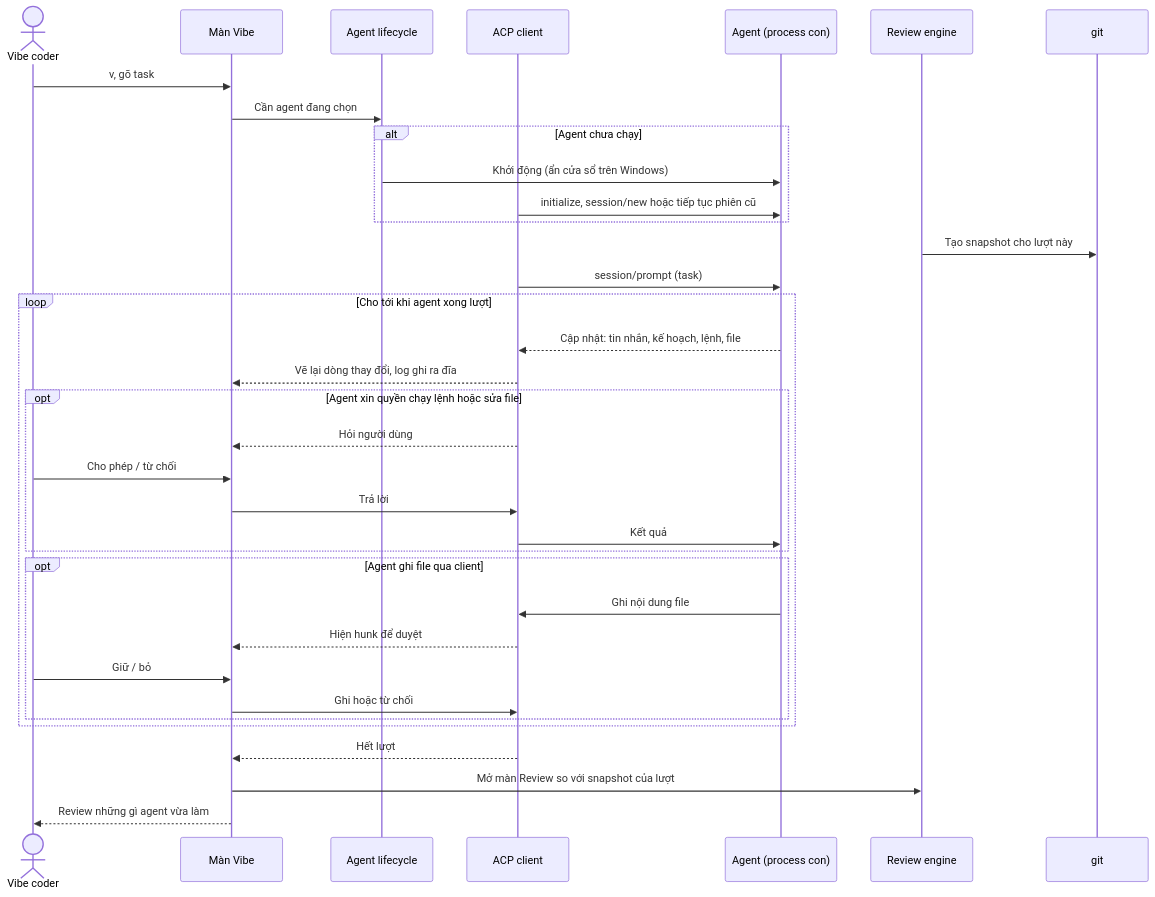
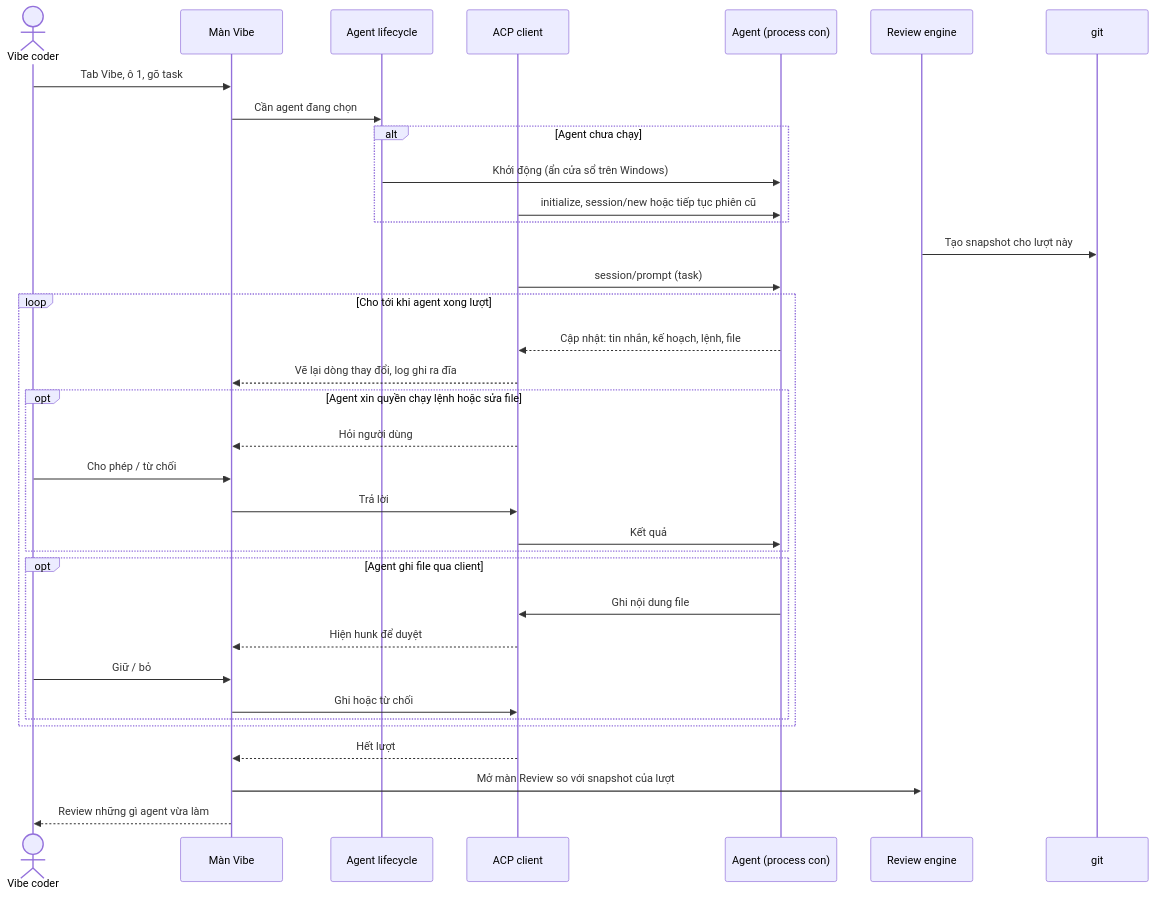
Before and after one commit to lhnhidev/dark: the fifth of 11 diagrams in docs/SEQUENCE.md, drawn with Mermaid. The commit also changed other lines of this file and 13 other files, not shown here.

Commit message:
docs: define seven-tab interface and roadmap

````diff
--- a/docs/SEQUENCE.md
+++ b/docs/SEQUENCE.md
@@ -125,38 +125,38 @@
 ```mermaid
 sequenceDiagram
     actor U as Vibe coder
     participant UI as Màn Vibe
     participant LM as Agent lifecycle
     participant AC as ACP client
     participant AG as Agent (process con)
     participant RV as Review engine
     participant G as git
 
-    U->>UI: v, gõ task
+    U->>UI: Tab Vibe, ô 1, gõ task
     UI->>LM: Cần agent đang chọn
     alt Agent chưa chạy
         LM->>AG: Khởi động (ẩn cửa sổ trên Windows)
         AC->>AG: initialize, session/new hoặc tiếp tục phiên cũ
     end
     RV->>G: Tạo snapshot cho lượt này
     AC->>AG: session/prompt (task)
     loop Cho tới khi agent xong lượt
         AG-->>AC: Cập nhật: tin nhắn, kế hoạch, lệnh, file
         AC-->>UI: Vẽ lại dòng thay đổi, log ghi ra đĩa
         opt Agent xin quyền chạy lệnh hoặc sửa file
             AC-->>UI: Hỏi người dùng
             U->>UI: Cho phép / từ chối
             UI->>AC: Trả lời
             AC->>AG: Kết quả
         end
         opt Agent ghi file qua client
             AG->>AC: Ghi nội dung file
             AC-->>UI: Hiện hunk để duyệt
             U->>UI: Giữ / bỏ
             UI->>AC: Ghi hoặc từ chối
         end
     end
     AC-->>UI: Hết lượt
     UI->>RV: Mở màn Review so với snapshot của lượt
     UI-->>U: Review những gì agent vừa làm
 ```
````
